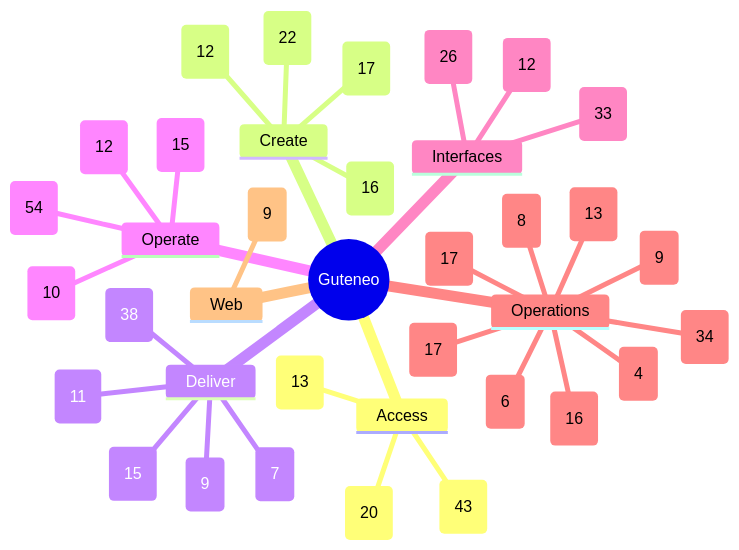
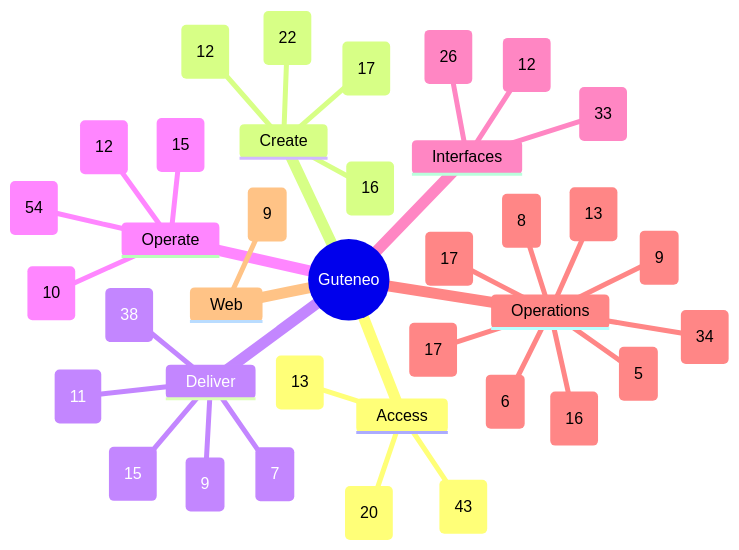
The diagram in docs/FEATURE_MAP.md (nclsppr/guteneo), drawn with Mermaid before and after one commit. The commit also changed other lines of this file and 13 other files, not shown here.

````diff
--- a/docs/FEATURE_MAP.md
+++ b/docs/FEATURE_MAP.md
@@ -13,40 +13,40 @@
 ```mermaid
 mindmap
   root((Guteneo))
     Access
       Access and identity (43)
       Team and responsibilities (13)
       Workspace administration and reports (20)
     Create
       Documents and protection (22)
       Template studio (16)
       Data and mappings (12)
       PDF generation and distribution (17)
     Deliver
       Fax (9)
       Postal mail (11)
       Email and protected links (15)
       Sensitive distribution and personal documents (38)
       Dispatch dry run (7)
     Operate
       Campaigns and tracking (15)
       Credits and billing (10)
       Workspace layout and browser appearance (54)
       PDF verification (12)
     Interfaces
       Assistants and API (33)
       iPhone and iPad (12)
       Public pages, languages and appearance (26)
     Operations
       Reviewer OAuth qualification (9)
       Operations and reliability (34)
       Belvédère platform oversight (17)
       Public service status (16)
       Engineering documentation (13)
       Codex Cloud development (8)
       Continuous reviewer preparation (6)
-      Automatic fax tariff maintenance (4)
+      Automatic fax tariff maintenance (5)
       Consumed provider freshness and preventive deadline actions (17)
     Web
       Gare browser experience (9)
 ```
````
